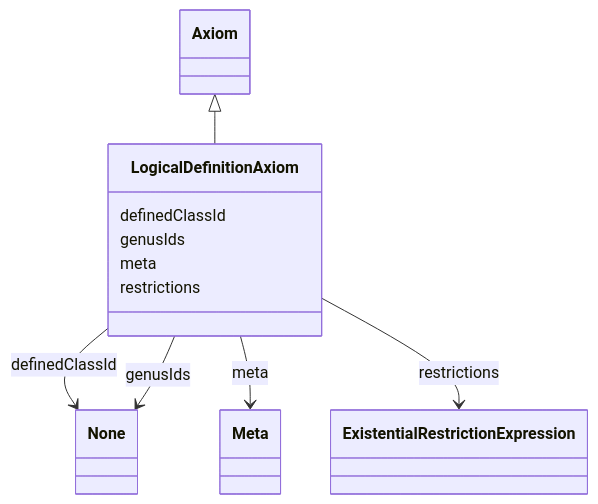
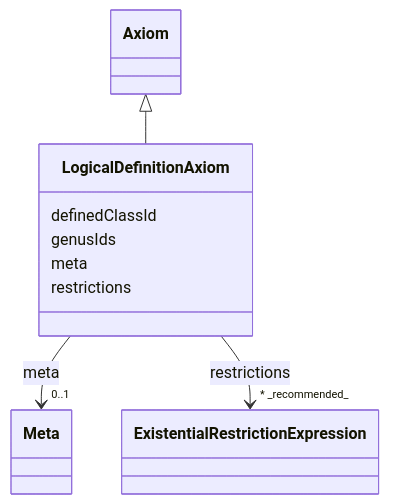
One commit to INCATools/ontology-access-kit changed the diagram in obograph/LogicalDefinitionAxiom.md. Above: the diagram before and after it, drawn with Mermaid. The commit also changed other lines of this file and 3329 other files, not shown here.

````diff
--- a/obograph/LogicalDefinitionAxiom.md
+++ b/obograph/LogicalDefinitionAxiom.md
@@ -17,23 +19,31 @@
 ```{mermaid}
  classDiagram
     class LogicalDefinitionAxiom
+    click LogicalDefinitionAxiom href "../LogicalDefinitionAxiom"
       Axiom <|-- LogicalDefinitionAxiom
+        click Axiom href "../Axiom"
       
       LogicalDefinitionAxiom : definedClassId
         
-          LogicalDefinitionAxiom --> None : definedClassId
-        
       LogicalDefinitionAxiom : genusIds
-        
-          LogicalDefinitionAxiom --> None : genusIds
         
       LogicalDefinitionAxiom : meta
         
-          LogicalDefinitionAxiom --> Meta : meta
+          
+    
+    
+    LogicalDefinitionAxiom --> "0..1" Meta : meta
+    click Meta href "../Meta"
+
         
       LogicalDefinitionAxiom : restrictions
         
-          LogicalDefinitionAxiom --> ExistentialRestrictionExpression : restrictions
+          
+    
+    
+    LogicalDefinitionAxiom --> "* _recommended_" ExistentialRestrictionExpression : restrictions
+    click ExistentialRestrictionExpression href "../ExistentialRestrictionExpression"
+
         
       
 ```
````
